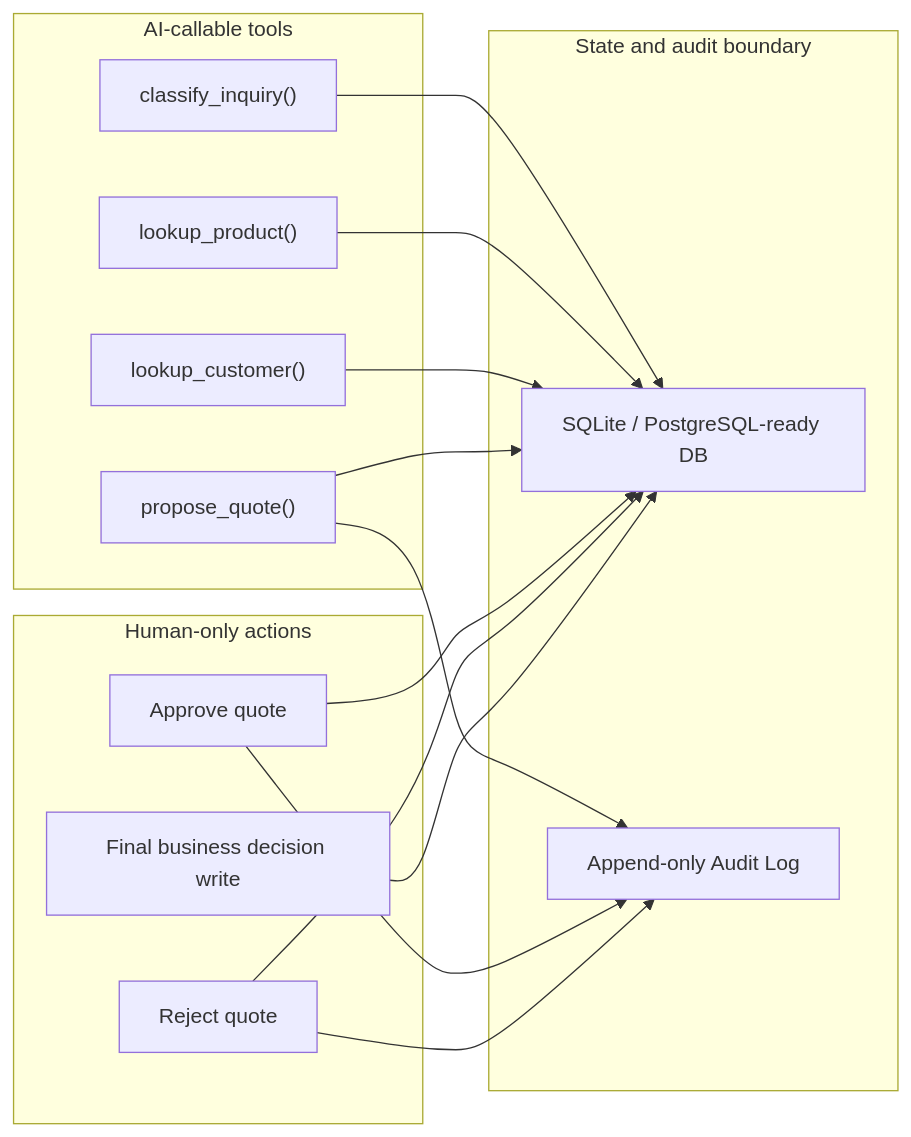
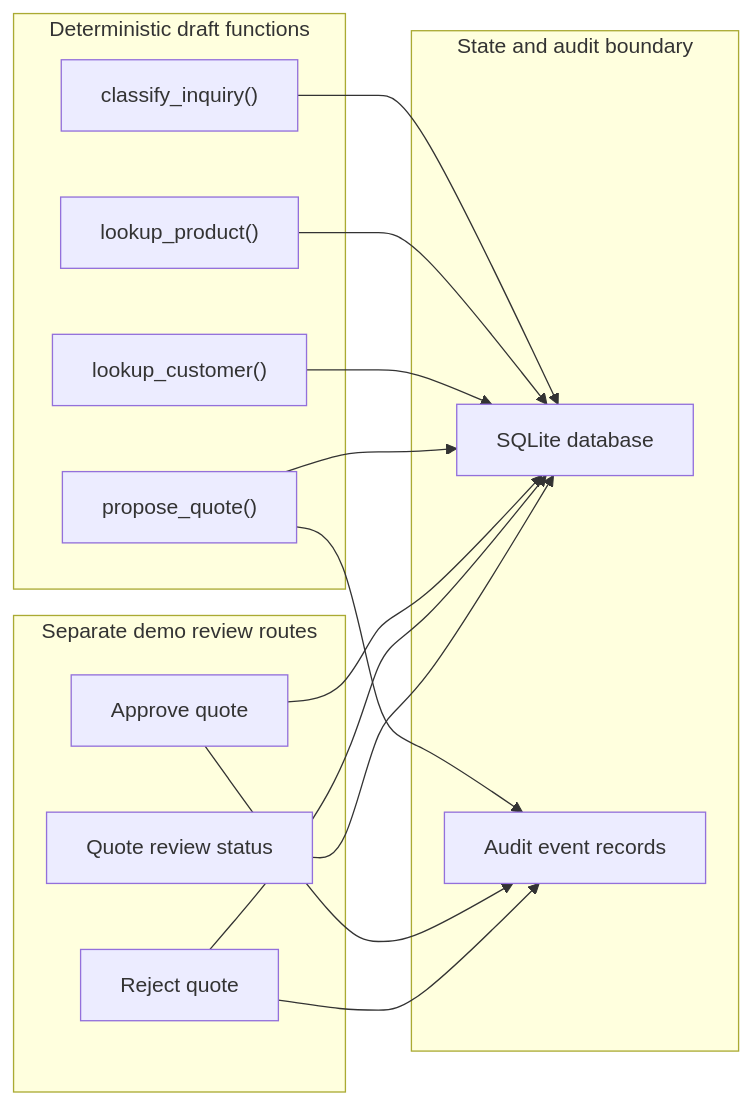
Before and after one commit to gharisj3/omni-quotegate: the diagram in docs/architecture.md, drawn with Mermaid. The commit also changed other lines of this file and 5 other files, not shown here.

````diff
--- a/docs/architecture.md
+++ b/docs/architecture.md
@@ -16,31 +16,31 @@
 ```mermaid
 flowchart LR
-    subgraph AI["AI-callable tools"]
+    subgraph Draft["Deterministic draft functions"]
         A["classify_inquiry()"]
         B["lookup_product()"]
         C["lookup_customer()"]
         D["propose_quote()"]
     end
 
     subgraph DB["State and audit boundary"]
-        E["SQLite / PostgreSQL-ready DB"]
-        F["Append-only Audit Log"]
+        E["SQLite database"]
+        F["Audit event records"]
     end
 
-    subgraph Human["Human-only actions"]
+    subgraph Reviewer["Separate demo review routes"]
         G["Approve quote"]
         H["Reject quote"]
-        I["Final business decision write"]
+        I["Quote review status"]
     end
 
     A --> E
     B --> E
     C --> E
     D --> E
     D --> F
     G --> E
     G --> F
     H --> E
     H --> F
     I --> E
 ```
````
